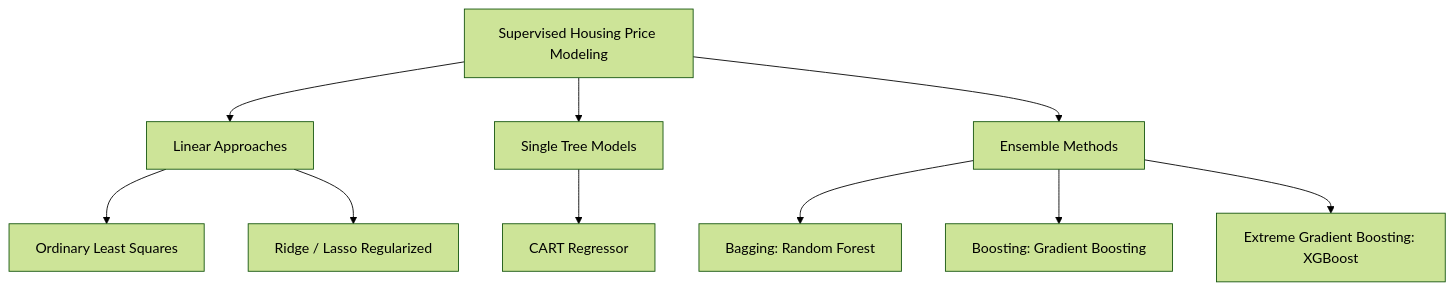
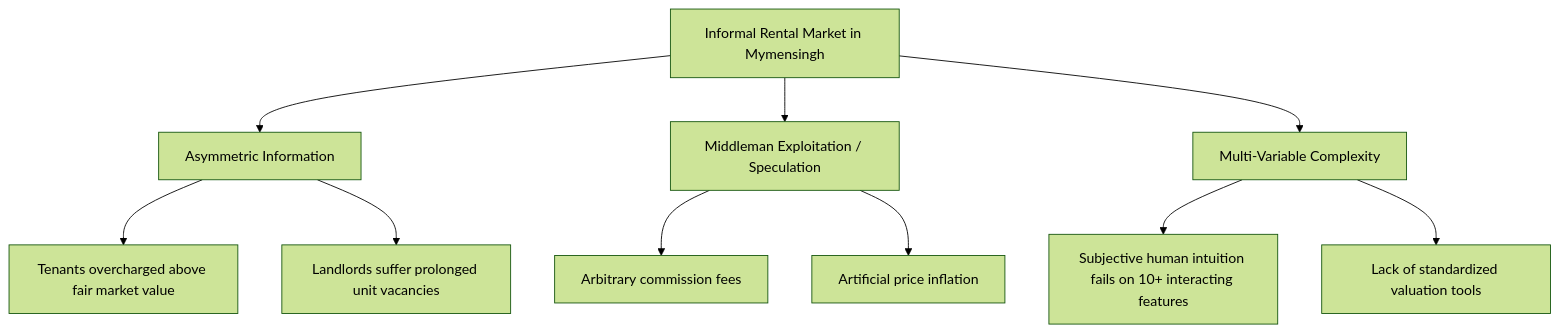
Before and after one commit to SRAKIB17/home-rent-prediction: the first of 8 diagrams in PROJECT_REPORT.md, drawn with Mermaid (forest theme). The commit also changed other lines of this file, not shown here.

````diff
--- a/PROJECT_REPORT.md
+++ b/PROJECT_REPORT.md
@@ -317,15 +409,15 @@
 ```mermaid
 graph TD
-    A[Supervised Housing Price Modeling] --> B[Linear Approaches]
-    A --> C[Single Tree Models]
-    A --> D[Ensemble Methods]
+    A[Informal Rental Market in Mymensingh] --> B[Asymmetric Information]
+    A --> C[Middleman Exploitation / Speculation]
+    A --> D[Multi-Variable Complexity]
     
-    B --> B1[Ordinary Least Squares]
-    B --> B2[Ridge / Lasso Regularized]
+    B --> B1[Tenants overcharged above fair market value]
+    B --> B2[Landlords suffer prolonged unit vacancies]
     
-    C --> C1[CART Regressor]
+    C --> C1[Arbitrary commission fees]
+    C --> C2[Artificial price inflation]
     
-    D --> D1[Bagging: Random Forest]
-    D --> D2[Boosting: Gradient Boosting]
-    D --> D3[Extreme Gradient Boosting: XGBoost]
+    D --> D1[Subjective human intuition fails on 10+ interacting features]
+    D --> D2[Lack of standardized valuation tools]
 ```
````
